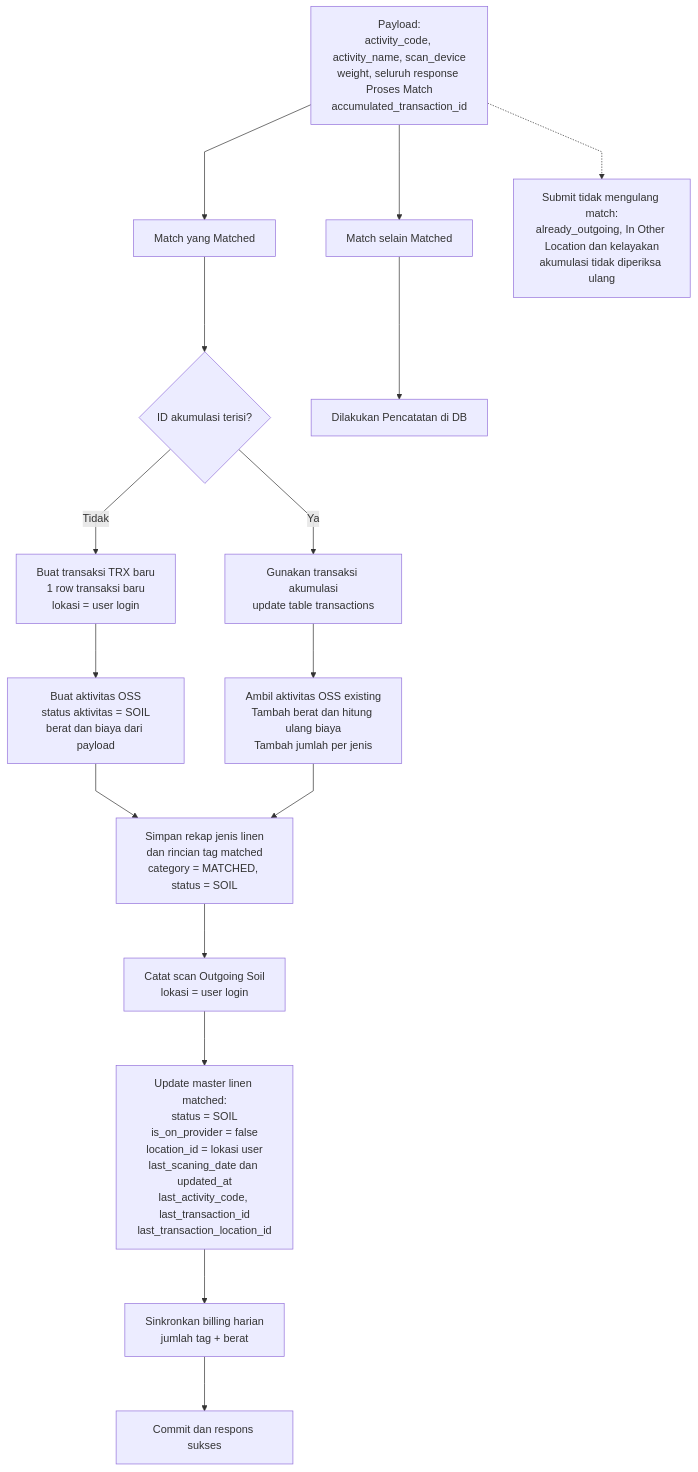
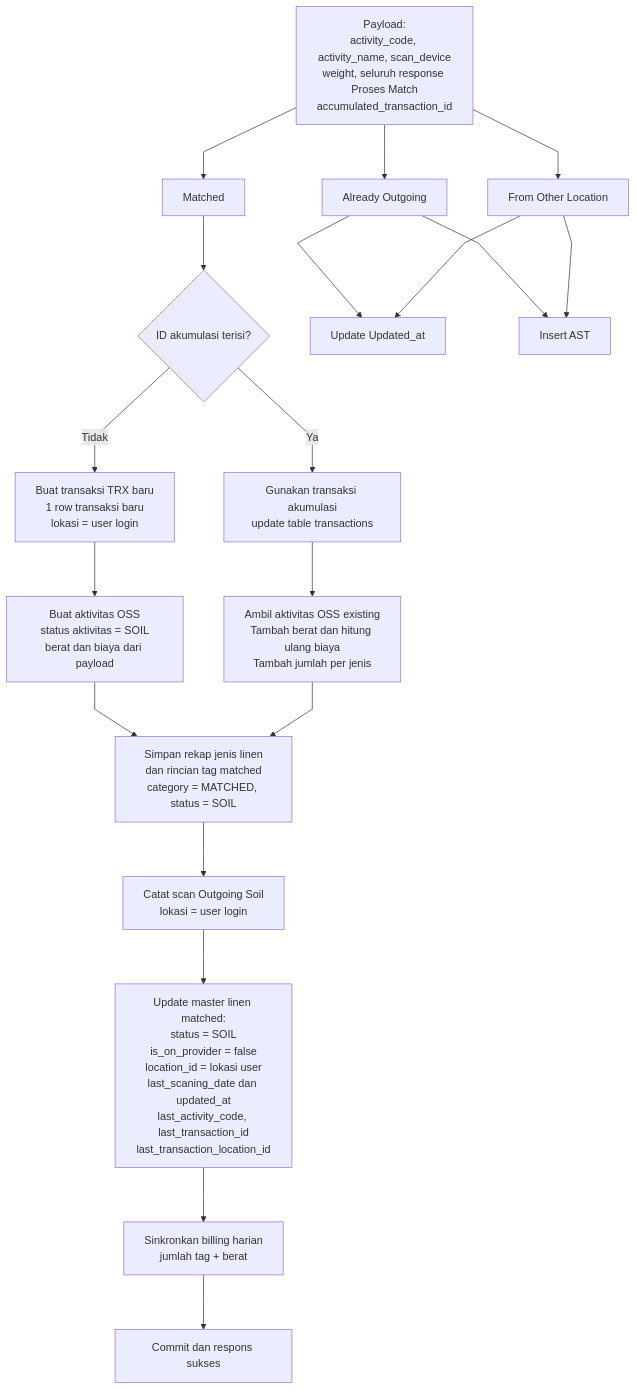
Before and after one commit to bagaskrmn/bac-flow-laundry: the second of 2 diagrams in laundry-activities/outgoing-soil.md, drawn with Mermaid.

Commit message:
fix OSS submit

````diff
--- a/laundry-activities/outgoing-soil.md
+++ b/laundry-activities/outgoing-soil.md
@@ -42,27 +42,30 @@
 ```mermaid
 %%{init: {'flowchart': {'curve': 'linear', 'nodeSpacing': 60, 'rankSpacing': 80, 'diagramPadding': 24}}}%%
 flowchart TD
     N_IN["Payload:<br/>activity_code, activity_name, scan_device<br/>weight, seluruh response Proses Match<br/>accumulated_transaction_id"]
-    N_IN -->N_REGIST["Match yang Matched"]
+    N_IN -->N_REGIST["Matched"]
     N_REGIST -->N_MODE{"ID akumulasi terisi?"}
 
-    N_IN -->N_ELSE["Match selain Matched"]
-    N_ELSE -->N_PROC["Dilakukan Pencatatan di DB"]
+    N_IN -->N_ALREADY["Already Outgoing"]
+    N_ALREADY -->N_UPDLL["Update Updated_at"]
+    N_ALREADY -->N_AST["Insert AST"]
+
+    N_IN -->N_FROMOTHLOC["From Other Location"]
+    N_FROMOTHLOC -->N_UPDLL
+    N_FROMOTHLOC -->N_AST
 
     N_MODE -->|Tidak| N_NEW["Buat transaksi TRX baru<br/>1 row transaksi baru<br/>lokasi = user login"]
     N_NEW --> N_ACT["Buat aktivitas OSS<br/>status aktivitas = SOIL<br/>berat dan biaya dari payload"]
 
     N_MODE -->|Ya| N_OLD["Gunakan transaksi akumulasi<br/>update table transactions"]
     N_OLD --> N_ADD["Ambil aktivitas OSS existing<br/>Tambah berat dan hitung ulang biaya<br/>Tambah jumlah per jenis"]
 
     N_ACT --> N_DETAIL["Simpan rekap jenis linen<br/>dan rincian tag matched<br/>category = MATCHED, status = SOIL"]
     N_ADD --> N_DETAIL
     N_DETAIL --> N_SCAN["Catat scan Outgoing Soil<br/>lokasi = user login"]
     N_SCAN --> N_MASTER["Update master linen matched:<br/>status = SOIL<br/>is_on_provider = false<br/>location_id = lokasi user<br/>last_scaning_date dan updated_at<br/>last_activity_code, last_transaction_id<br/>last_transaction_location_id"]
     N_MASTER --> N_BILL["Sinkronkan billing harian<br/>jumlah tag + berat"]
     N_BILL --> N_DONE["Commit dan respons sukses"]
 
-    N_IN -.-> N_TRUST["Submit tidak mengulang match:<br/>already_outgoing, In Other Location dan kelayakan<br/>akumulasi tidak diperiksa ulang"]
-
-    class N_ELSE,N_PROC danger
+    class N_ALREADY,N_UPDLL,N_AST,N_FROMOTHLOC, danger
 ```
````
